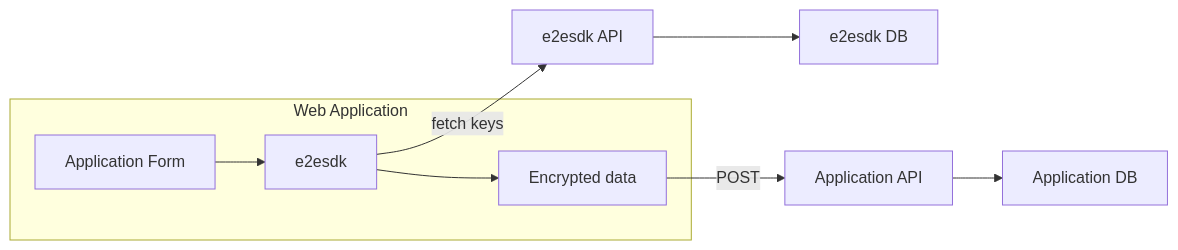
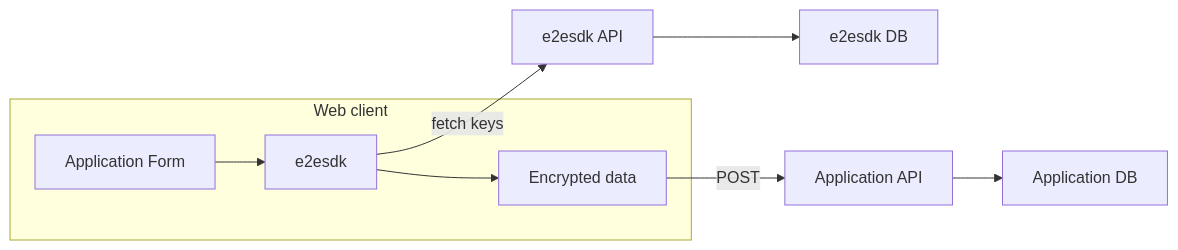
The first of 2 diagrams in docs/docs/use-cases/forms.md (SocialGouv/e2esdk), drawn with Mermaid before and after one commit. The commit also changed other lines of this file and 1 other file, not shown here.

````diff
--- a/docs/docs/use-cases/forms.md
+++ b/docs/docs/use-cases/forms.md
@@ -17,12 +17,12 @@
 ```mermaid
 graph LR;
 
-subgraph Web Application
+subgraph Web client
     Form[Application Form]-->e2esdk-->Encrypted[Encrypted data]
 end
 
 e2esdk-->|fetch keys|e2esdkapi[e2esdk API]
 e2esdkapi-->e2esdkdb[e2esdk DB]
 
 Encrypted-->|POST|app[Application API]-->appdb[Application DB]
 ```
````
